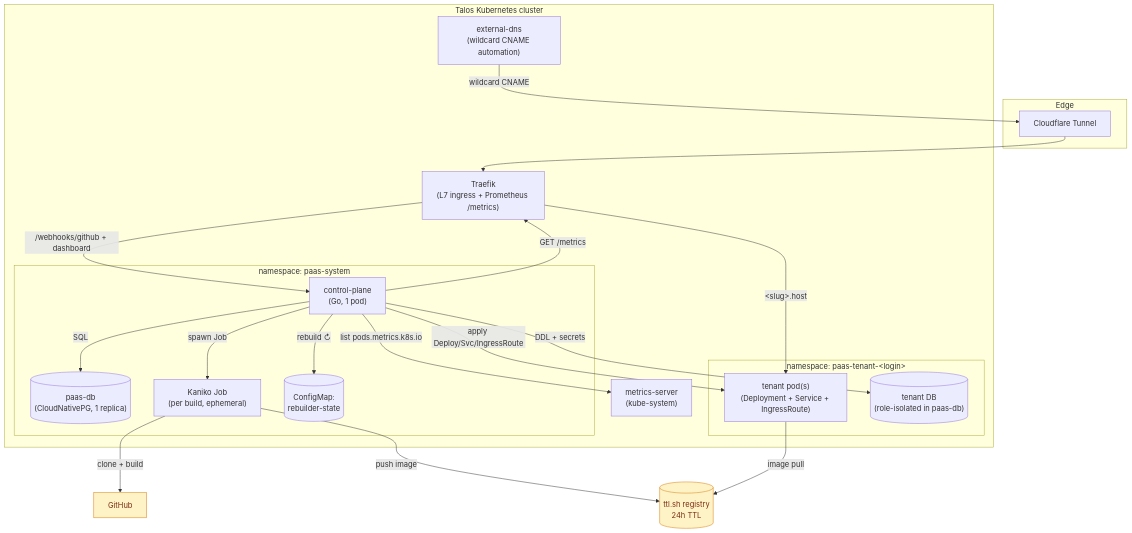
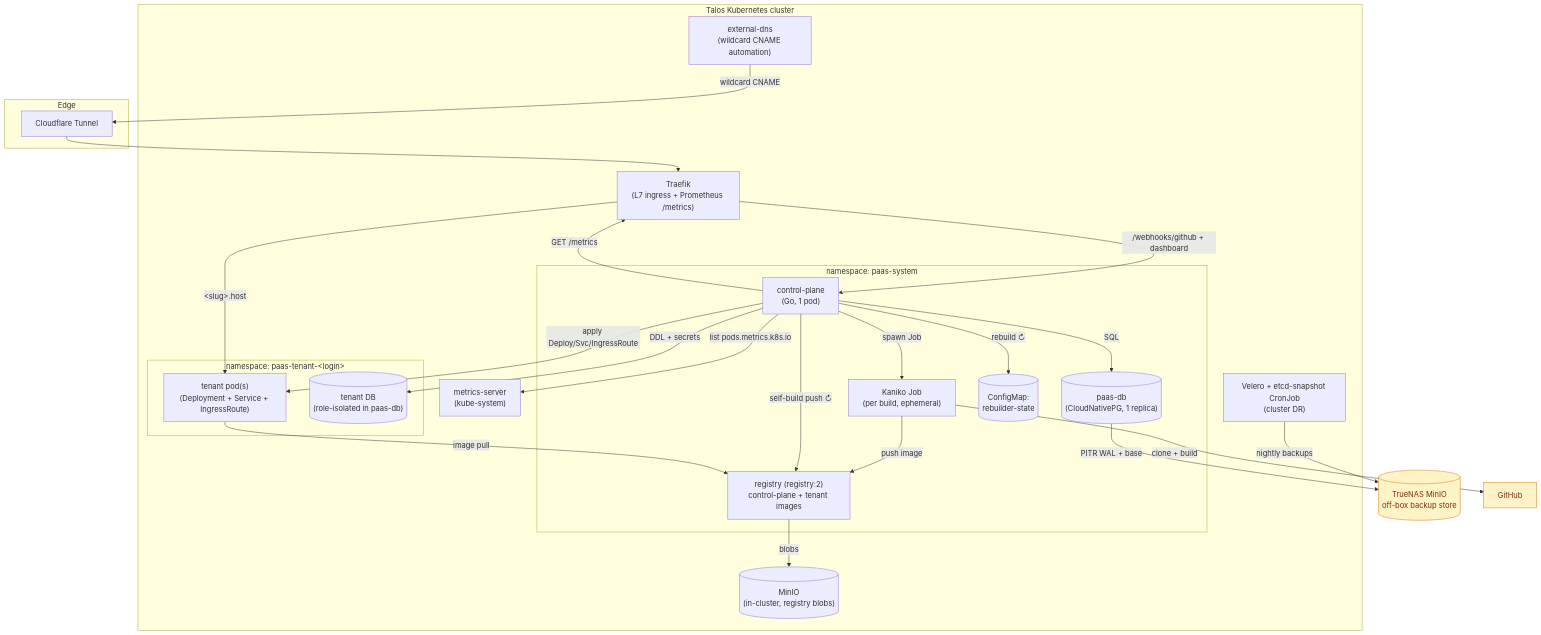
The second of 5 diagrams in architecture.md (jamilshaikh07/vercel-clone), drawn with Mermaid before and after one commit. The commit also changed other lines of this file and 1 other file, not shown here.

Commit message:
dr: Talos etcd snapshots to TrueNAS MinIO + architecture refresh
Completes the DR story with the cluster 'brain': a nightly CronJob
(01:30) snapshots etcd via a least-privilege scoped Talos credential
(os:etcd:backup, NOT admin) and ships it to the etcd-snapshots bucket on
TrueNAS MinIO, pruning >30d. Verified end-to-end: 147MB snapshot taken +
uploaded + listed in the bucket.

architecture.md: replace the ttl.sh registry with the in-cluster
registry across all C4 diagrams/tables, add the invite-only signup
allowlist to the trust model, and document the three off-box backup
layers (CNPG PITR / Velero / etcd) targeting TrueNAS MinIO.

````diff
--- a/architecture.md
+++ b/architecture.md
@@ -65,46 +65,53 @@
 ```mermaid
 flowchart TB
   subgraph edge["Edge"]
     cf[Cloudflare Tunnel]
   end
 
   subgraph k8s["Talos Kubernetes cluster"]
     traefik["Traefik<br/>(L7 ingress + Prometheus /metrics)"]
     extdns["external-dns<br/>(wildcard CNAME automation)"]
 
     subgraph paasSys["namespace: paas-system"]
       cp["control-plane<br/>(Go, 1 pod)"]
       pgcluster[("paas-db<br/>(CloudNativePG, 1 replica)")]
       builder["Kaniko Job<br/>(per build, ephemeral)"]
       rebuilderState[("ConfigMap:<br/>rebuilder-state")]
+      registry["registry (registry:2)<br/>control-plane + tenant images"]
     end
 
     subgraph tenantNS["namespace: paas-tenant-&lt;login&gt;"]
       tenantPod["tenant pod(s)<br/>(Deployment + Service + IngressRoute)"]
       tenantDB[("tenant DB<br/>(role-isolated in paas-db)")]
     end
 
+    minioInt[("MinIO<br/>(in-cluster, registry blobs)")]
+    dr["Velero + etcd-snapshot CronJob<br/>(cluster DR)"]
     metricsServer["metrics-server<br/>(kube-system)"]
   end
 
-  reg[(ttl.sh registry<br/>24h TTL)]:::ext
+  truenas[(TrueNAS MinIO<br/>off-box backup store)]:::ext
   gh[GitHub]:::ext
 
   cf --> traefik
   traefik -- /webhooks/github + dashboard --> cp
   traefik -- &lt;slug&gt;.host --> tenantPod
 
   cp -- "spawn Job" --> builder
   builder -- "clone + build" --> gh
-  builder -- "push image" --> reg
+  builder -- "push image" --> registry
+  registry -- "blobs" --> minioInt
+  cp -- "self-build push ↻" --> registry
   cp -- "apply Deploy/Svc/IngressRoute" --> tenantPod
   cp -- "list pods.metrics.k8s.io" --> metricsServer
   cp -- "GET /metrics" --> traefik
   cp -- "SQL" --> pgcluster
   cp -- "DDL + secrets" --> tenantDB
   cp -- "rebuild ↻" --> rebuilderState
   extdns -- "wildcard CNAME" --> cf
-  tenantPod -- "image pull" --> reg
+  tenantPod -- "image pull" --> registry
+  dr -- "nightly backups" --> truenas
+  pgcluster -- "PITR WAL + base" --> truenas
 
   classDef ext fill:#fef3c7,stroke:#d97706,color:#7c2d12
 ```
````
